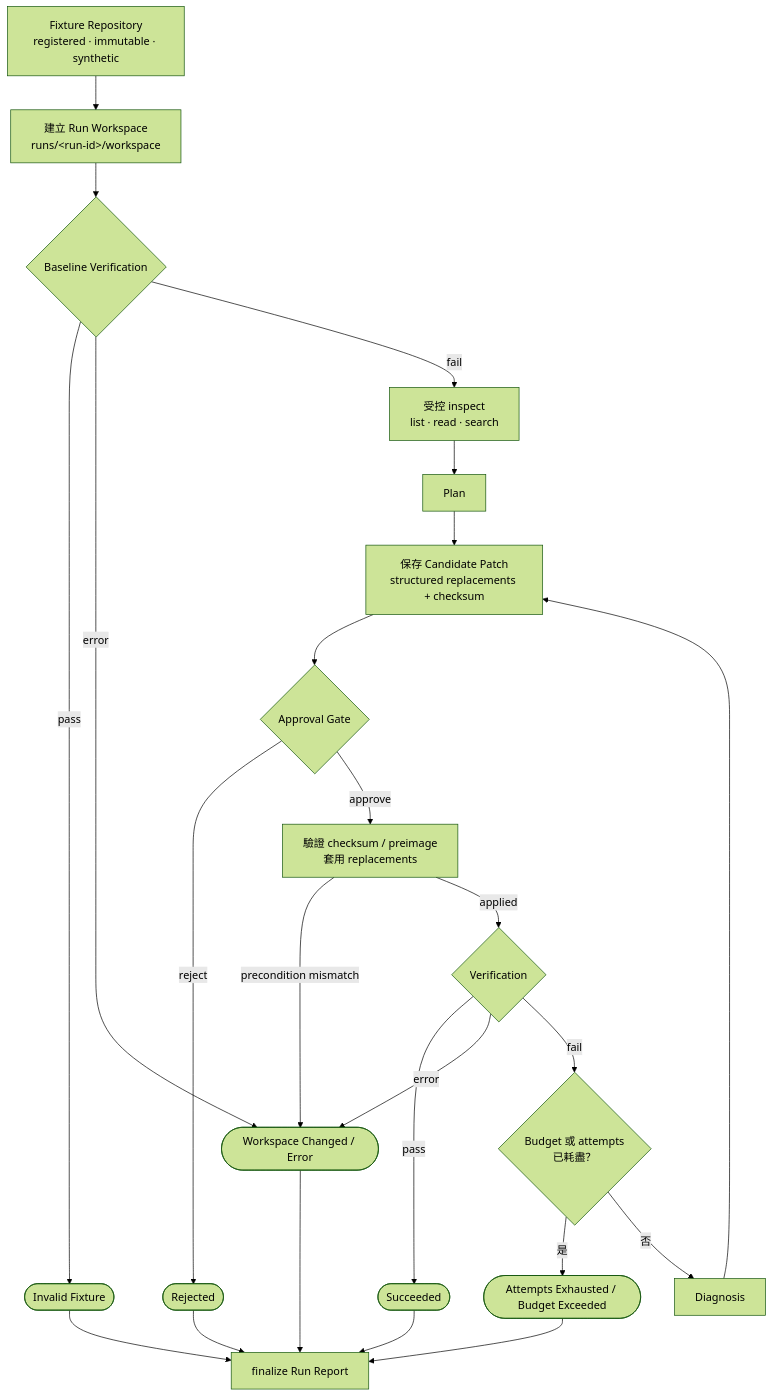
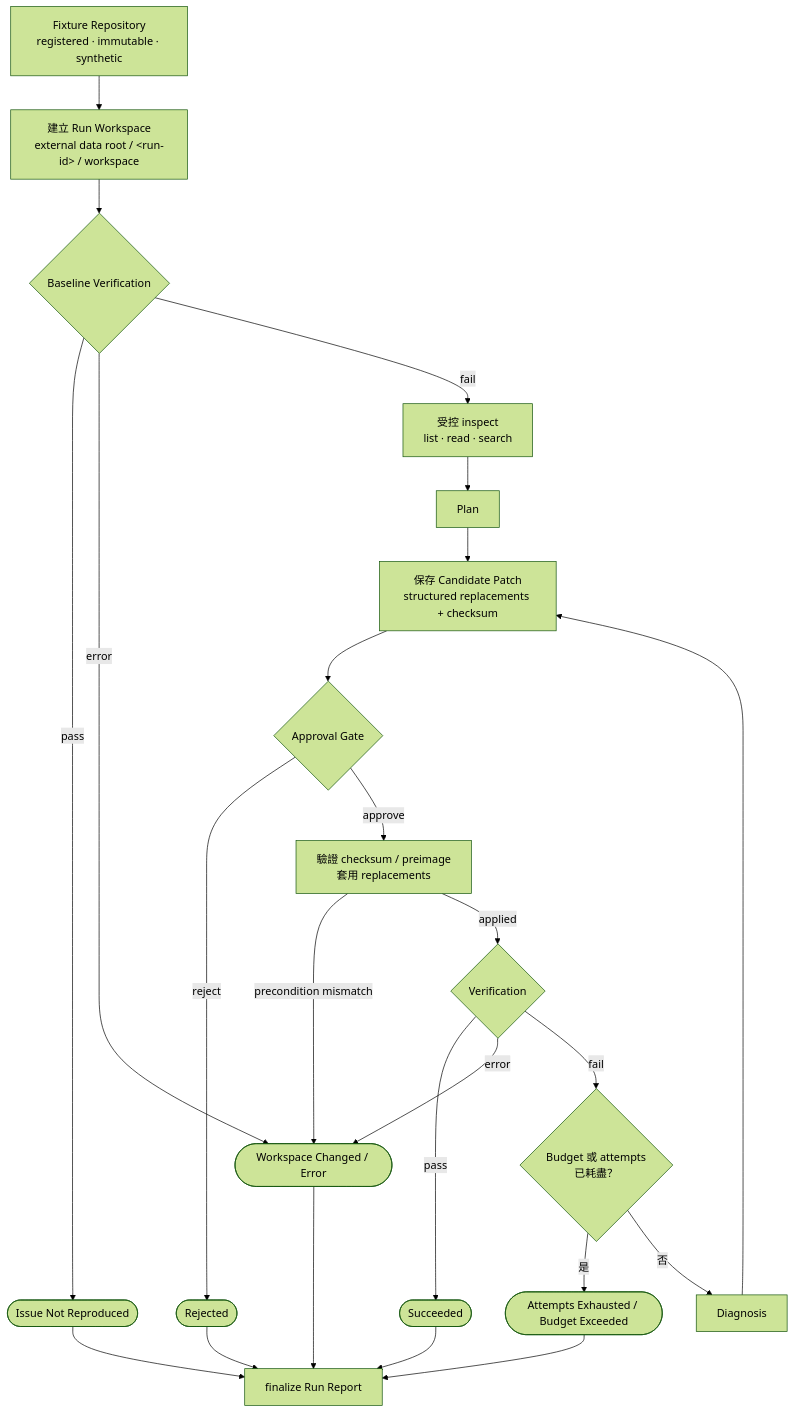
One commit to jerryxcy/patch-code-agent changed the first of 2 diagrams in docs/design.md. Above: the diagram before and after it, drawn with Mermaid (forest theme). The commit also changed other lines of this file and 21 other files, not shown here.

````diff
--- a/docs/design.md
+++ b/docs/design.md
@@ -15,42 +25,42 @@
 ```mermaid
 flowchart TD
     fixture["Fixture Repository<br/>registered · immutable · synthetic"]
-    workspace["建立 Run Workspace<br/>runs/&lt;run-id&gt;/workspace"]
+    workspace["建立 Run Workspace<br/>external data root / &lt;run-id&gt; / workspace"]
     baseline{"Baseline Verification"}
     inspect["受控 inspect<br/>list · read · search"]
     plan["Plan"]
     candidate["保存 Candidate Patch<br/>structured replacements + checksum"]
     approval{"Approval Gate"}
     apply["驗證 checksum / preimage<br/>套用 replacements"]
     verify{"Verification"}
     budget{"Budget 或 attempts<br/>已耗盡？"}
     diagnosis["Diagnosis"]
 
-    invalid(["Invalid Fixture"])
+    not_reproduced(["Issue Not Reproduced"])
     rejected(["Rejected"])
     changed(["Workspace Changed / Error"])
     succeeded(["Succeeded"])
     exhausted(["Attempts Exhausted / Budget Exceeded"])
     report["finalize Run Report"]
 
     fixture --> workspace --> baseline
-    baseline -->|pass| invalid
+    baseline -->|pass| not_reproduced
     baseline -->|error| changed
     baseline -->|fail| inspect
     inspect --> plan --> candidate --> approval
     approval -->|reject| rejected
     approval -->|approve| apply
     apply -->|precondition mismatch| changed
     apply -->|applied| verify
     verify -->|pass| succeeded
     verify -->|error| changed
     verify -->|fail| budget
     budget -->|是| exhausted
     budget -->|否| diagnosis --> candidate
 
-    invalid --> report
+    not_reproduced --> report
     rejected --> report
     changed --> report
     succeeded --> report
     exhausted --> report
 ```
````
